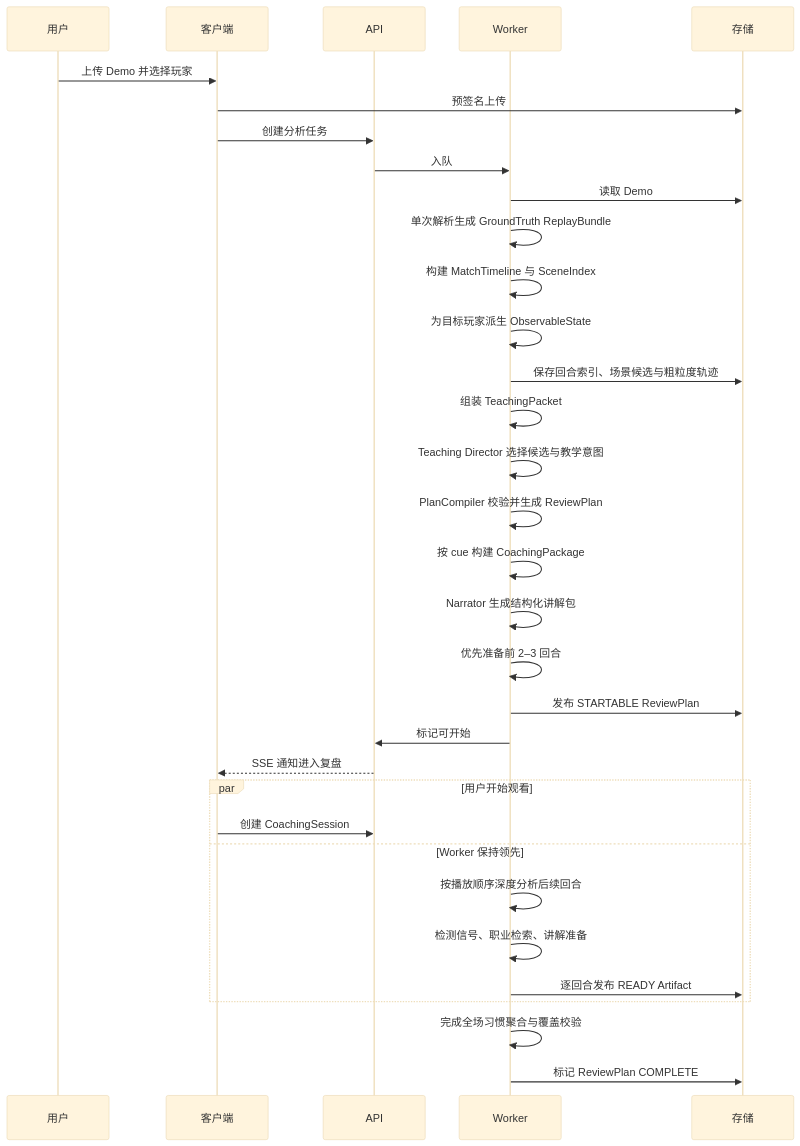
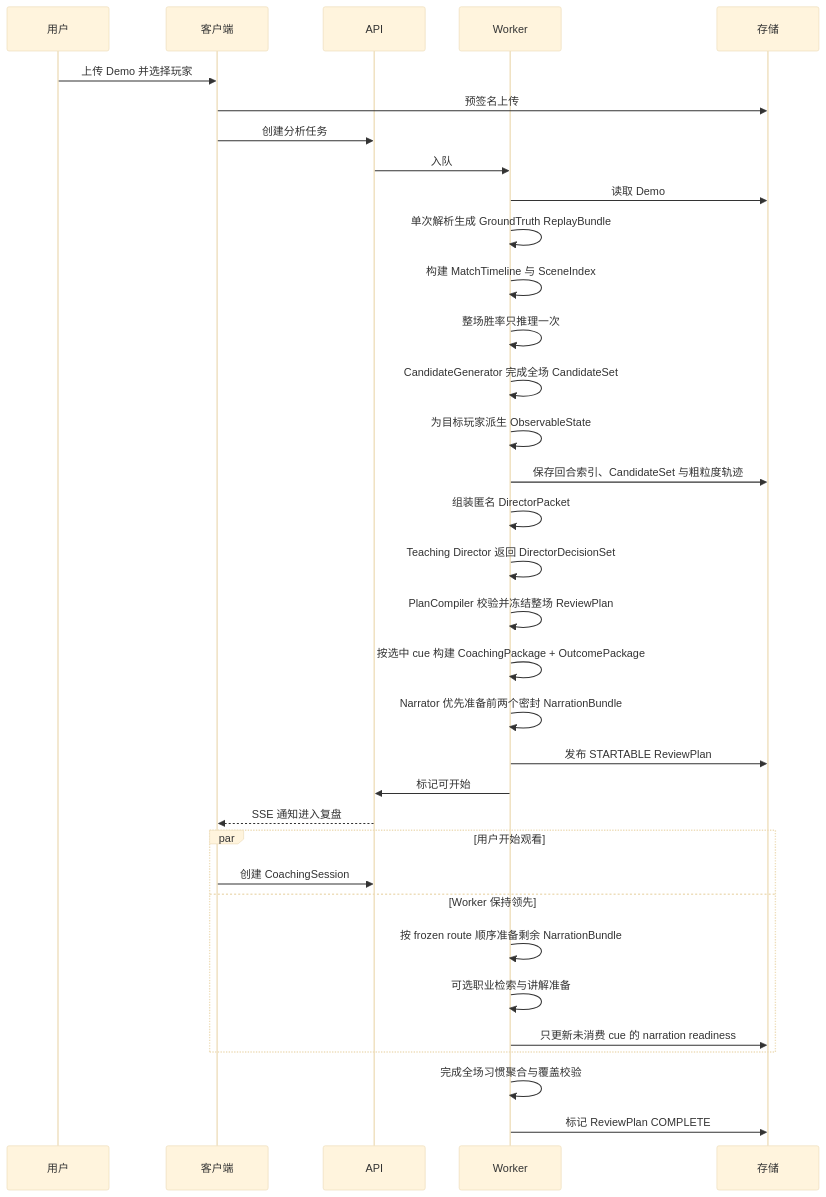
The fourth of 4 diagrams in ARCHITECTURE.md (Vek-John/CS-agent), drawn with Mermaid (base theme) before and after one commit. The commit also changed other lines of this file and 52 other files, not shown here.

````diff
--- a/ARCHITECTURE.md
+++ b/ARCHITECTURE.md
@@ -888,36 +963,37 @@
 ```mermaid
 sequenceDiagram
     participant U as 用户
     participant C as 客户端
     participant A as API
     participant W as Worker
     participant S as 存储
 
     U->>C: 上传 Demo 并选择玩家
     C->>S: 预签名上传
     C->>A: 创建分析任务
     A->>W: 入队
     W->>S: 读取 Demo
     W->>W: 单次解析生成 GroundTruth ReplayBundle
     W->>W: 构建 MatchTimeline 与 SceneIndex
+    W->>W: 整场胜率只推理一次
+    W->>W: CandidateGenerator 完成全场 CandidateSet
     W->>W: 为目标玩家派生 ObservableState
-    W->>S: 保存回合索引、场景候选与粗粒度轨迹
-    W->>W: 组装 TeachingPacket
-    W->>W: Teaching Director 选择候选与教学意图
-    W->>W: PlanCompiler 校验并生成 ReviewPlan
-    W->>W: 按 cue 构建 CoachingPackage
-    W->>W: Narrator 生成结构化讲解包
-    W->>W: 优先准备前 2–3 回合
+    W->>S: 保存回合索引、CandidateSet 与粗粒度轨迹
+    W->>W: 组装匿名 DirectorPacket
+    W->>W: Teaching Director 返回 DirectorDecisionSet
+    W->>W: PlanCompiler 校验并冻结整场 ReviewPlan
+    W->>W: 按选中 cue 构建 CoachingPackage + OutcomePackage
+    W->>W: Narrator 优先准备前两个密封 NarrationBundle
     W->>S: 发布 STARTABLE ReviewPlan
     W->>A: 标记可开始
     A-->>C: SSE 通知进入复盘
     par 用户开始观看
         C->>A: 创建 CoachingSession
     and Worker 保持领先
-        W->>W: 按播放顺序深度分析后续回合
-        W->>W: 检测信号、职业检索、讲解准备
-        W->>S: 逐回合发布 READY Artifact
+        W->>W: 按 frozen route 顺序准备剩余 NarrationBundle
+        W->>W: 可选职业检索与讲解准备
+        W->>S: 只更新未消费 cue 的 narration readiness
     end
     W->>W: 完成全场习惯聚合与覆盖校验
     W->>S: 标记 ReviewPlan COMPLETE
 ```
````
